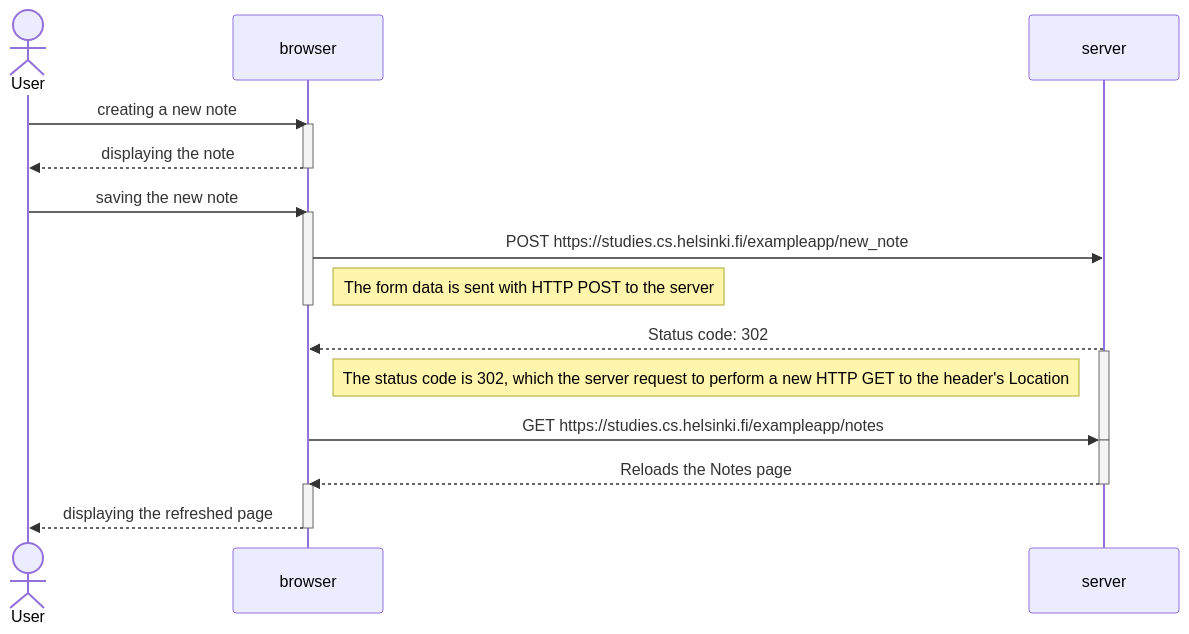
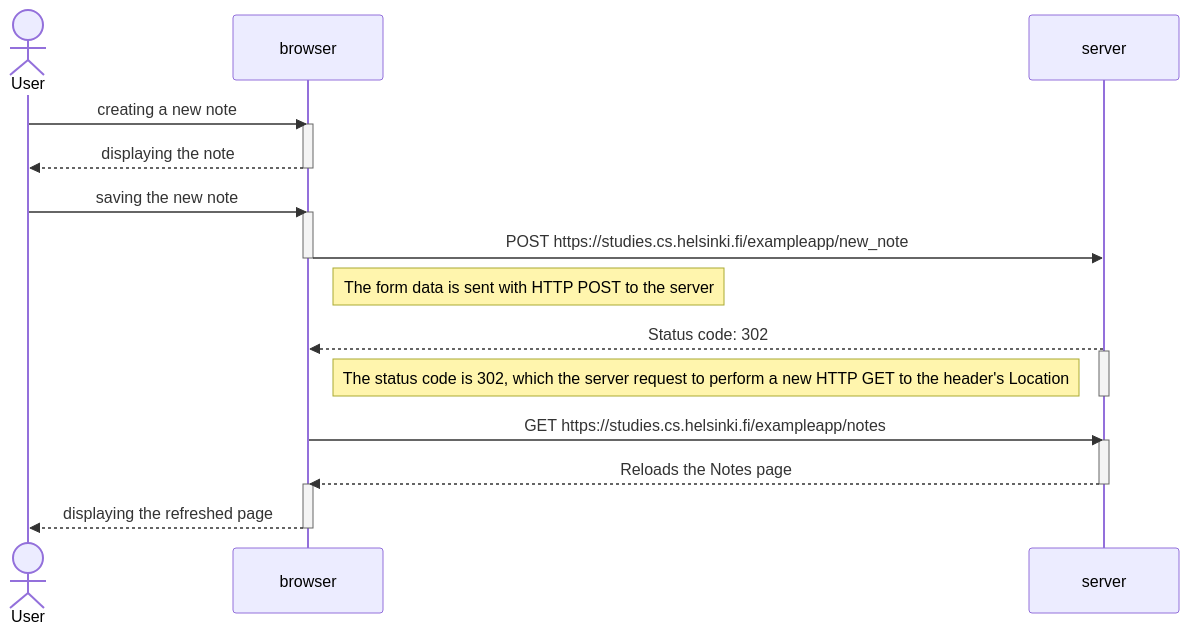
Before and after one commit to lumuellelumelay/full_stack_open: the first of 3 diagrams in README.md, drawn with Mermaid. The commit also changed other lines of this file, not shown here.

````diff
--- a/README.md
+++ b/README.md
@@ -4,34 +4,34 @@
 ```mermaid
 sequenceDiagram
     actor User
     participant browser
     participant server
 
     User->>browser: creating a new note
     activate browser
     browser-->>User: displaying the note
     deactivate browser
 
     User->>browser: saving the new note
     activate browser
     browser->>server: POST https://studies.cs.helsinki.fi/exampleapp/new_note
+    deactivate browser
 
     Note right of browser: The form data is sent with HTTP POST to the server
-    deactivate browser
 
     server-->>browser: Status code: 302
     activate server
 
     Note right of browser: The status code is 302, which the server request to perform a new HTTP GET to the header's Location
 
+    deactivate server
     browser->>server: GET https://studies.cs.helsinki.fi/exampleapp/notes
-    deactivate server
 
     activate server
     server-->>browser: Reloads the Notes page
     deactivate server
 
     activate browser
     browser-->>User: displaying the refreshed page
     deactivate browser
 ```
````
